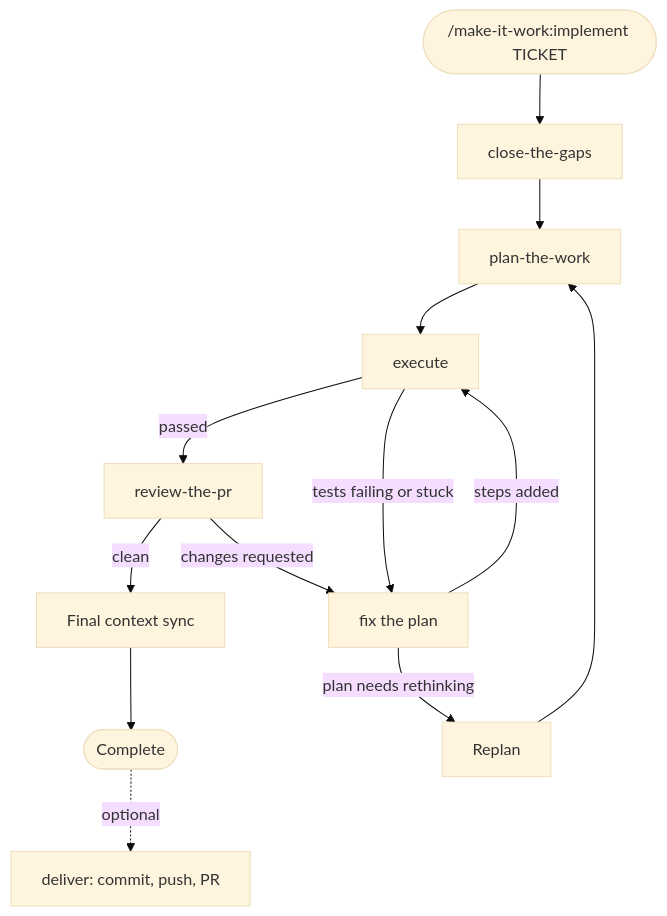
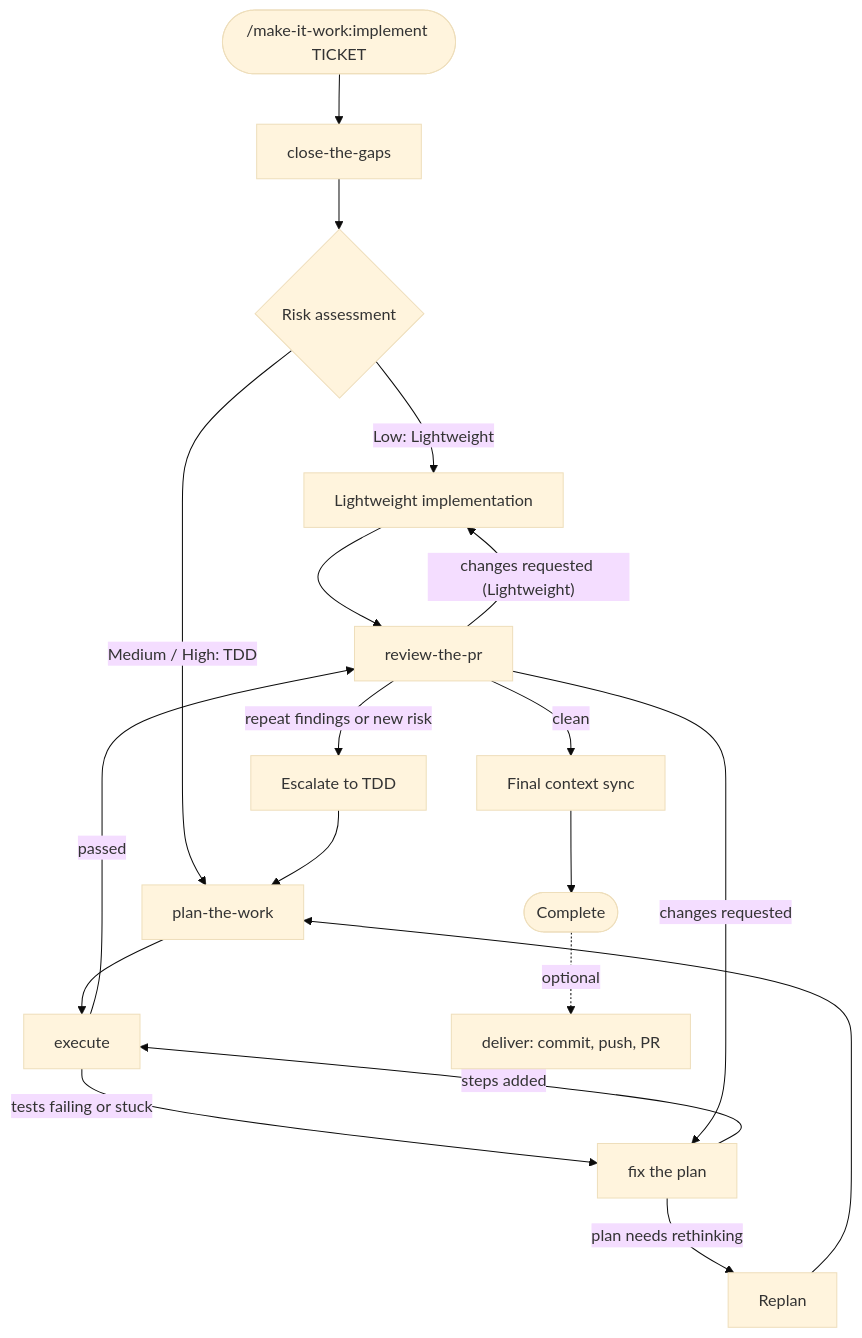
Before and after one commit to insideout-ai/make-it-work: the diagram in README.md, drawn with Mermaid (base theme). The commit also changed other lines of this file and 59 other files, not shown here.

````diff
--- a/README.md
+++ b/README.md
@@ -140,16 +142,22 @@
 ```mermaid
 flowchart TD
     Start(["/make-it-work:implement TICKET"]) --> Gaps["close-the-gaps"]
-    Gaps --> Plan["plan-the-work"]
+    Gaps --> Risk{"Risk assessment"}
+    Risk -- "Low: Lightweight" --> Light["Lightweight implementation"]
+    Risk -- "Medium / High: TDD" --> Plan["plan-the-work"]
     Plan --> Execute["execute"]
+
+    Light --> Review
+    Review -- "changes requested (Lightweight)" --> Light
+    Review -- "repeat findings or new risk" --> Escalate["Escalate to TDD"] --> Plan
 
     Execute -- "passed" --> Review["review-the-pr"]
     Execute -- "tests failing or stuck" --> FixPlan["fix the plan"]
 
     Review -- "clean" --> FinalSync["Final context sync"] --> Complete(["Complete"])
     Complete -. "optional" .-> Deliver["deliver: commit, push, PR"]
     Review -- "changes requested" --> FixPlan
 
     FixPlan -- "steps added" --> Execute
     FixPlan -- "plan needs rethinking" --> Replan["Replan"] --> Plan
 ```
````
